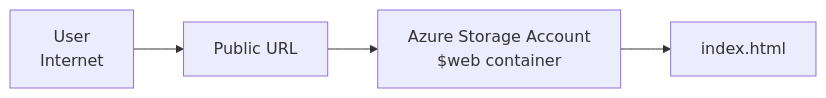
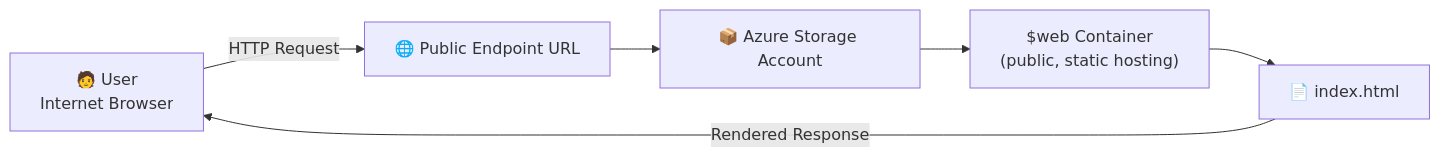
One commit to derecocherry/static-website-in-azure changed the diagram in README.md. Above: the diagram before and after it, drawn with Mermaid. The commit also changed other lines of this file, not shown here.

First line of the commit message:
Revise README for Lab 01 on Azure Static Website

````diff
--- a/README.md
+++ b/README.md
@@ -8,6 +29,8 @@
 ```mermaid
-graph LR
-    A[User<br/>Internet] --> B[Public URL]
-    B --> C[Azure Storage Account<br/>$web container]
-    C --> D[index.html]
+flowchart LR
+    A[🧑 User<br/>Internet Browser] -->|HTTP Request| B[🌐 Public Endpoint URL]
+    B --> C[📦 Azure Storage Account]
+    C --> D["$web Container<br/>(public, static hosting)"]
+    D --> E[📄 index.html]
+    E -->|Rendered Response| A
 ```
````
